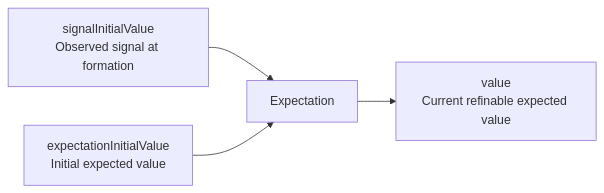
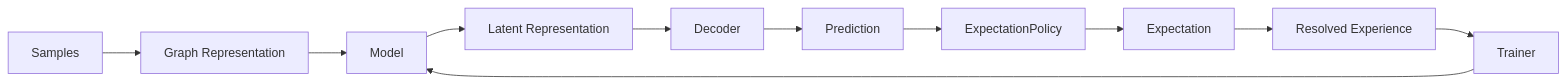
One commit to skasti/skyn-vaettr changed the fourth of 4 diagrams in docs/expectations.md. Above: the diagram before and after it, drawn with Mermaid. The commit also changed other lines of this file, not shown here.

Commit message:
Document latent model and decoder learning flow

````diff
--- a/docs/expectations.md
+++ b/docs/expectations.md
@@ -127,6 +127,14 @@
 ```mermaid
 flowchart LR
-    SI[signalInitialValue\nObserved signal at formation] --> E[Expectation]
-    EI[expectationInitialValue\nInitial expected value] --> E
-    E --> V[value\nCurrent refinable expected value]
+    S[Samples]
+    --> R1[Graph Representation]
+    --> M[Model]
+    --> R2[Latent Representation]
+    --> D[Decoder]
+    --> P[Prediction]
+    --> EP[ExpectationPolicy]
+    --> E[Expectation]
+    --> X[Resolved Experience]
+    --> T[Trainer]
+    --> M
 ```
````
